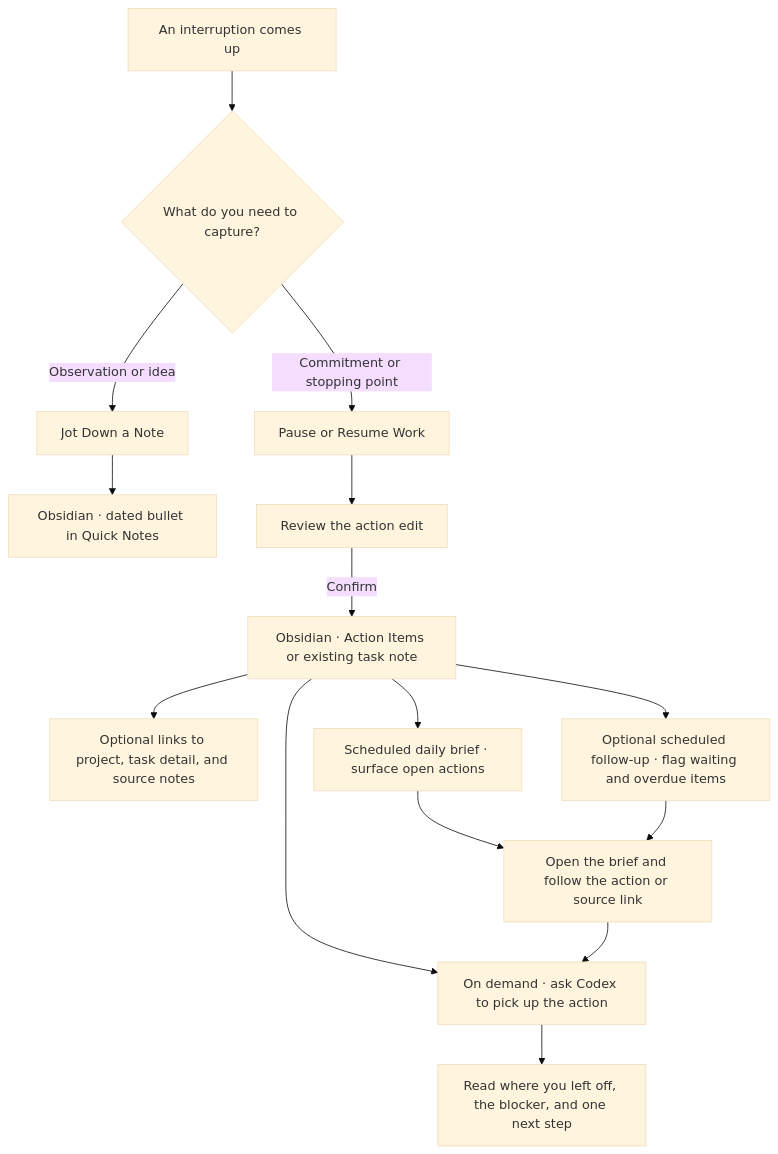
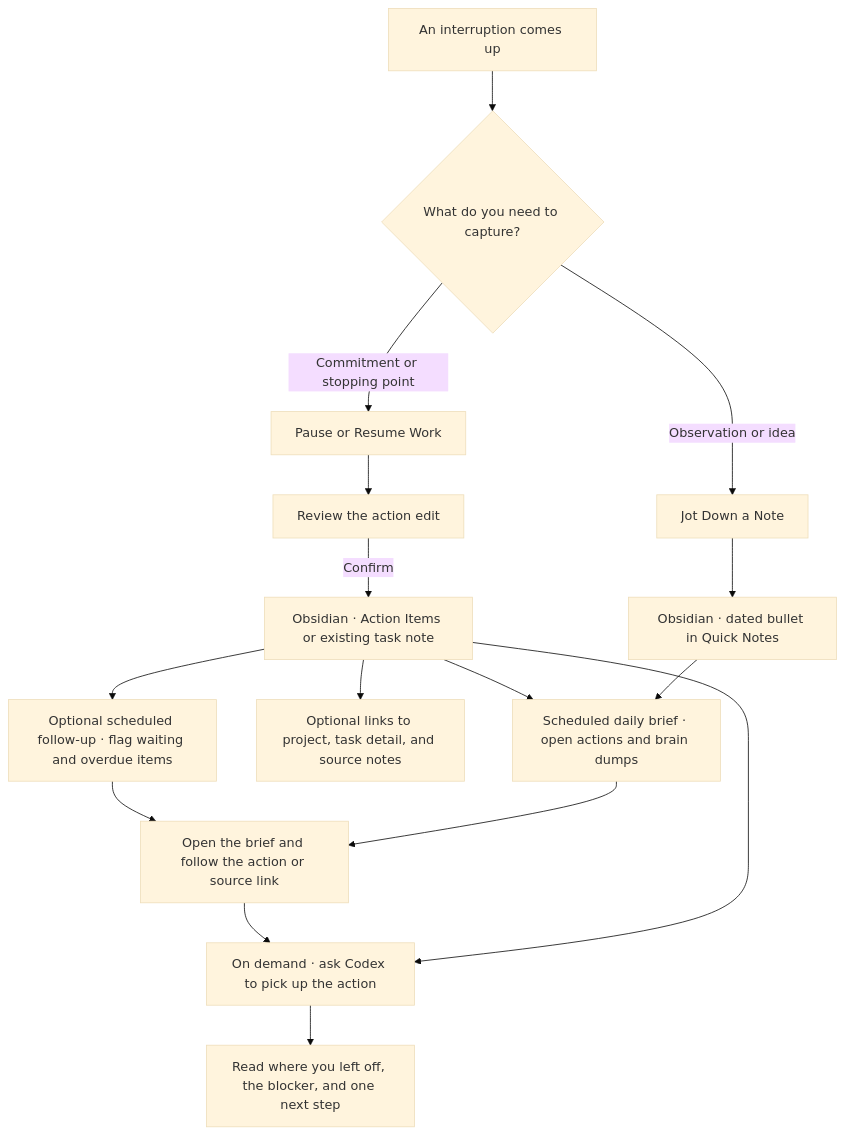
One commit to Thompson632/executive-assistant changed the first of 9 diagrams in docs/WORKFLOW-DIAGRAMS.md. Above: the diagram before and after it, drawn with Mermaid (base theme). The commit also changed 6 other files, not shown here.

Commit message:
Include Obsidian brain dumps in daily briefs

````diff
--- a/docs/WORKFLOW-DIAGRAMS.md
+++ b/docs/WORKFLOW-DIAGRAMS.md
@@ -25,17 +25,18 @@
 ```mermaid
 flowchart TD
     interrupt["An interruption comes up"] --> choice{"What do you need to capture?"}
     choice -->|Observation or idea| quick["Jot Down a Note"]
     quick --> notes["Obsidian · dated bullet in Quick Notes"]
+    notes --> daily["Scheduled daily brief · open actions and brain dumps"]
     choice -->|Commitment or stopping point| context["Pause or Resume Work"]
     context --> preview["Review the action edit"]
     preview -->|Confirm| actions["Obsidian · Action Items or existing task note"]
     actions --> links["Optional links to project, task detail, and source notes"]
     actions --> resume["On demand · ask Codex to pick up the action"]
-    actions --> daily["Scheduled daily brief · surface open actions"]
+    actions --> daily
     actions --> follow["Optional scheduled follow-up · flag waiting and overdue items"]
     daily --> check["Open the brief and follow the action or source link"]
     follow --> check
     check --> resume
     resume --> next["Read where you left off, the blocker, and one next step"]
 ```
````
